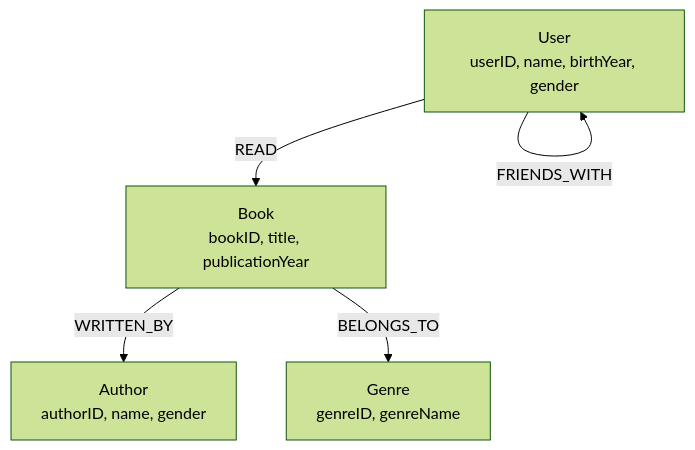
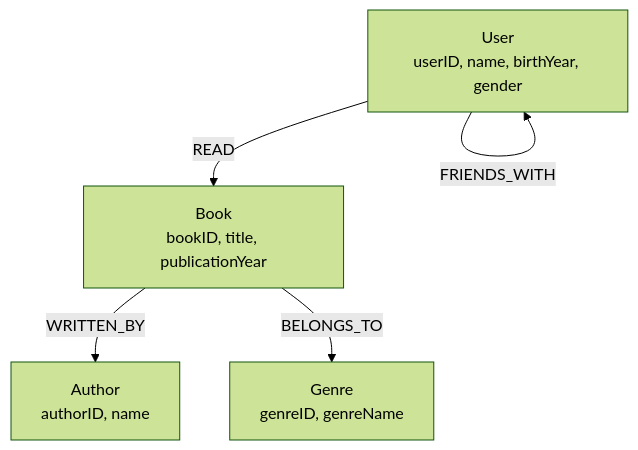
Before and after one commit to sebdanielsson/gik2nv-lab4-neo4j: the diagram in lab4-report.md, drawn with Mermaid (forest theme). The commit also changed other lines of this file, not shown here.

````diff
--- a/lab4-report.md
+++ b/lab4-report.md
@@ -102,15 +102,15 @@
 ```mermaid
 graph TD
 
     %% Nodes
     User[User<br>userID, name, birthYear, gender]
     Book[Book<br>bookID, title, publicationYear]
-    Author[Author<br>authorID, name, gender]
+    Author[Author<br>authorID, name]
     Genre[Genre<br>genreID, genreName]
 
     %% Relationships
     User -->|READ| Book
     User -->|FRIENDS_WITH| User
     Book -->|WRITTEN_BY| Author
     Book -->|BELONGS_TO| Genre
 ```
````
